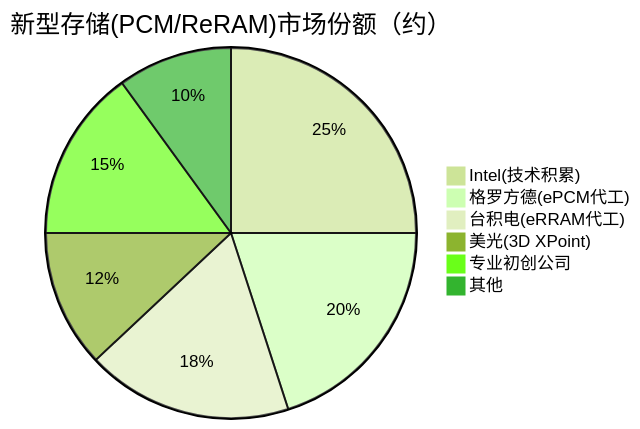
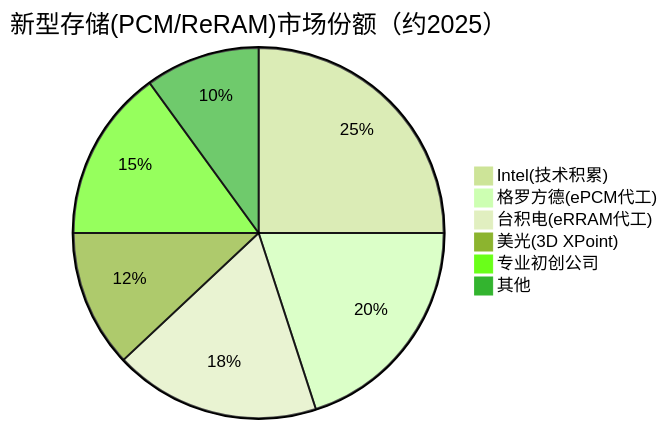
One commit to blueprint1453/industry-insight changed the third of 3 diagrams in 存储产业链/中游/新型存储/PCM与ReRAM.md. Above: the diagram before and after it, drawn with Mermaid (forest theme). The commit also changed other lines of this file and 78 other files, not shown here.

````diff
--- a/存储产业链/中游/新型存储/PCM与ReRAM.md
+++ b/存储产业链/中游/新型存储/PCM与ReRAM.md
@@ -113,9 +113,9 @@
 ```mermaid
-pie title 新型存储(PCM/ReRAM)市场份额（约）
+pie title 新型存储(PCM/ReRAM)市场份额（约2025）
     "Intel(技术积累)" : 25
     "格罗方德(ePCM代工)" : 20
     "台积电(eRRAM代工)" : 18
     "美光(3D XPoint)" : 12
     "专业初创公司" : 15
     "其他" : 10
 ```
````
